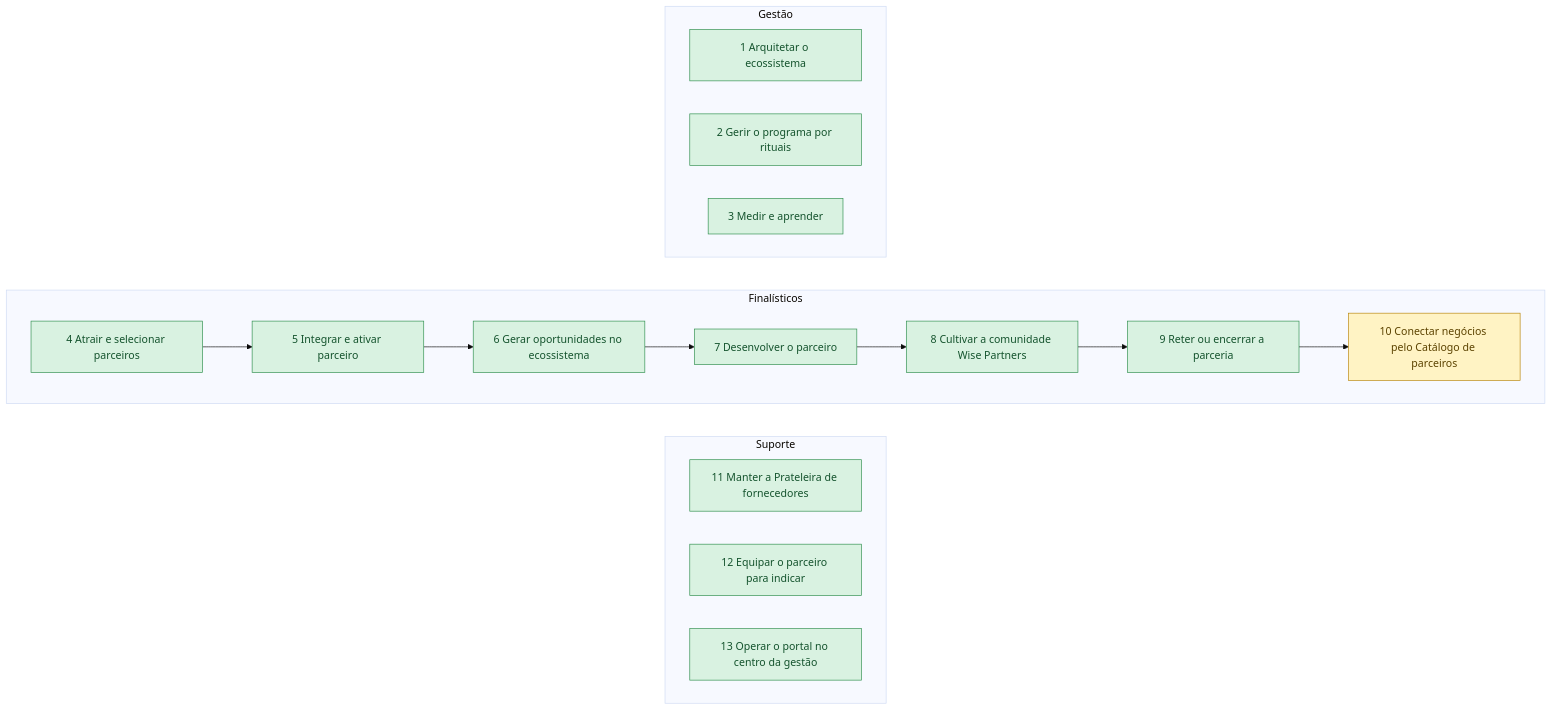
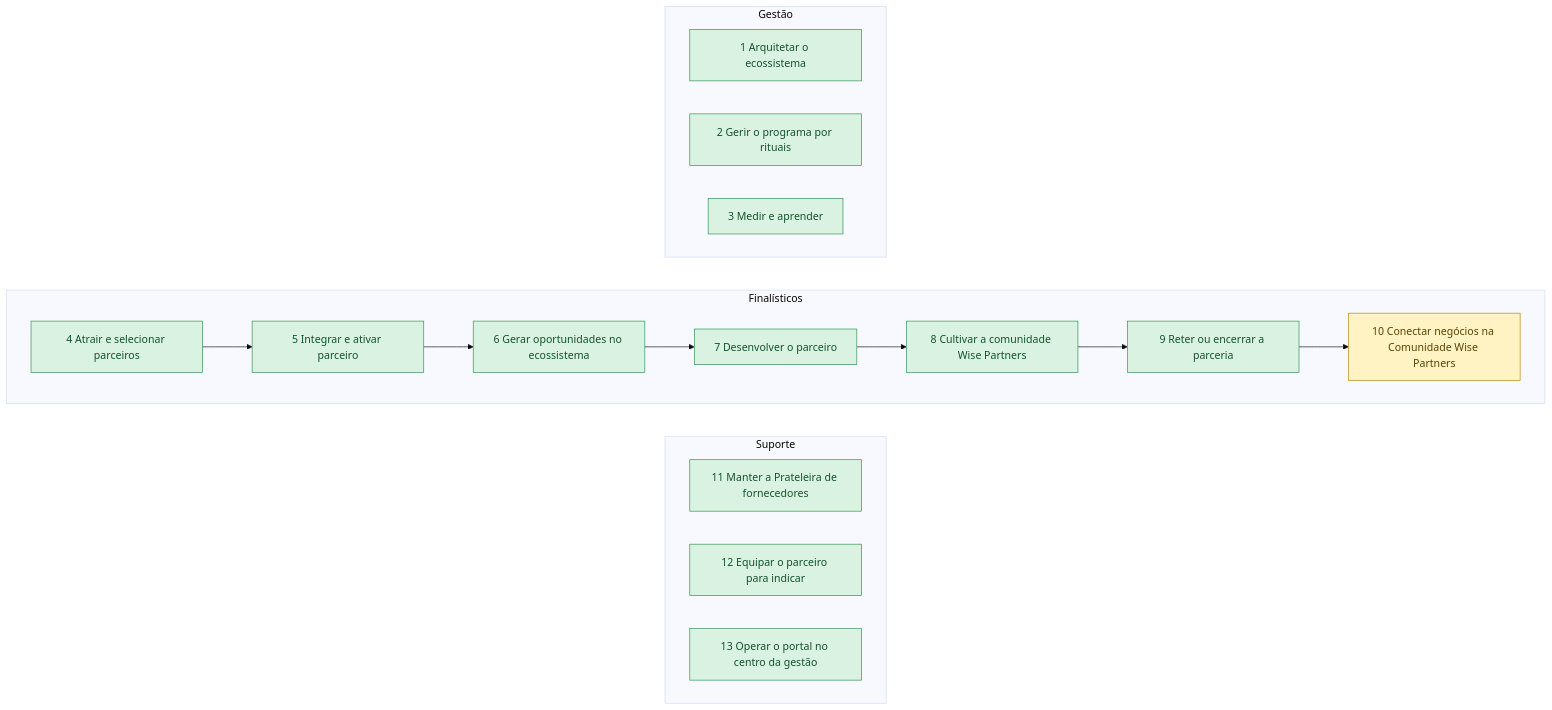
One commit to Guilherme-MFaccin/Wise-Partners changed the diagram in mapeamentos/wise-partners-to-be/saidas/mermaid/cadeia-de-valor.mmd. Above: the diagram before and after it, drawn with Mermaid (base theme). The commit also changed 143 other files, not shown here.

First line of the commit message:
Comunidade Wise Partners: página geral com Cadastrar e Entrar, cadastro com conta na hora e classificação, catálogo redesenhado com vitrine, Conhecer a Wise Makers, Empresas da comunidade; wireframe e to-be v16

```diff
--- a/mapeamentos/wise-partners-to-be/saidas/mermaid/cadeia-de-valor.mmd
+++ b/mapeamentos/wise-partners-to-be/saidas/mermaid/cadeia-de-valor.mmd
@@ -1,35 +1,35 @@
 flowchart TB
     classDef confirmado fill:#D9F2E1,stroke:#2F8F4E,color:#14532D
     classDef declarado fill:#FFF3C4,stroke:#B8860B,color:#5C4300
     classDef hipotese fill:#FFFFFF,stroke:#8A9099,color:#3F4650,stroke-dasharray: 5 5
     classDef contestado fill:#FDE2E1,stroke:#C53030,color:#7F1D1D
     subgraph cat_gestao ["Gestão"]
     direction LR
       P_01["1 Arquitetar o ecossistema"]:::confirmado
       P_08["2 Gerir o programa por rituais"]:::confirmado
       P_14["3 Medir e aprender"]:::confirmado
     end
     subgraph cat_finalistico ["Finalísticos"]
     direction LR
       P_20["4 Atrair e selecionar parceiros"]:::confirmado
       P_26["5 Integrar e ativar parceiro"]:::confirmado
       P_31["6 Gerar oportunidades no ecossistema"]:::confirmado
       P_40["7 Desenvolver o parceiro"]:::confirmado
       P_47["8 Cultivar a comunidade Wise Partners"]:::confirmado
       P_54["9 Reter ou encerrar a parceria"]:::confirmado
-      P_102["10 Conectar negócios pelo Catálogo de parceiros"]:::declarado
+      P_102["10 Conectar negócios na Comunidade Wise Partners"]:::declarado
       P_20 --> P_26
       P_26 --> P_31
       P_31 --> P_40
       P_40 --> P_47
       P_47 --> P_54
       P_54 --> P_102
     end
     subgraph cat_suporte ["Suporte"]
     direction LR
       P_58["11 Manter a Prateleira de fornecedores"]:::confirmado
       P_59["12 Equipar o parceiro para indicar"]:::confirmado
       P_60["13 Operar o portal no centro da gestão"]:::confirmado
     end
     cat_gestao ~~~ cat_finalistico
     cat_finalistico ~~~ cat_suporte
```
